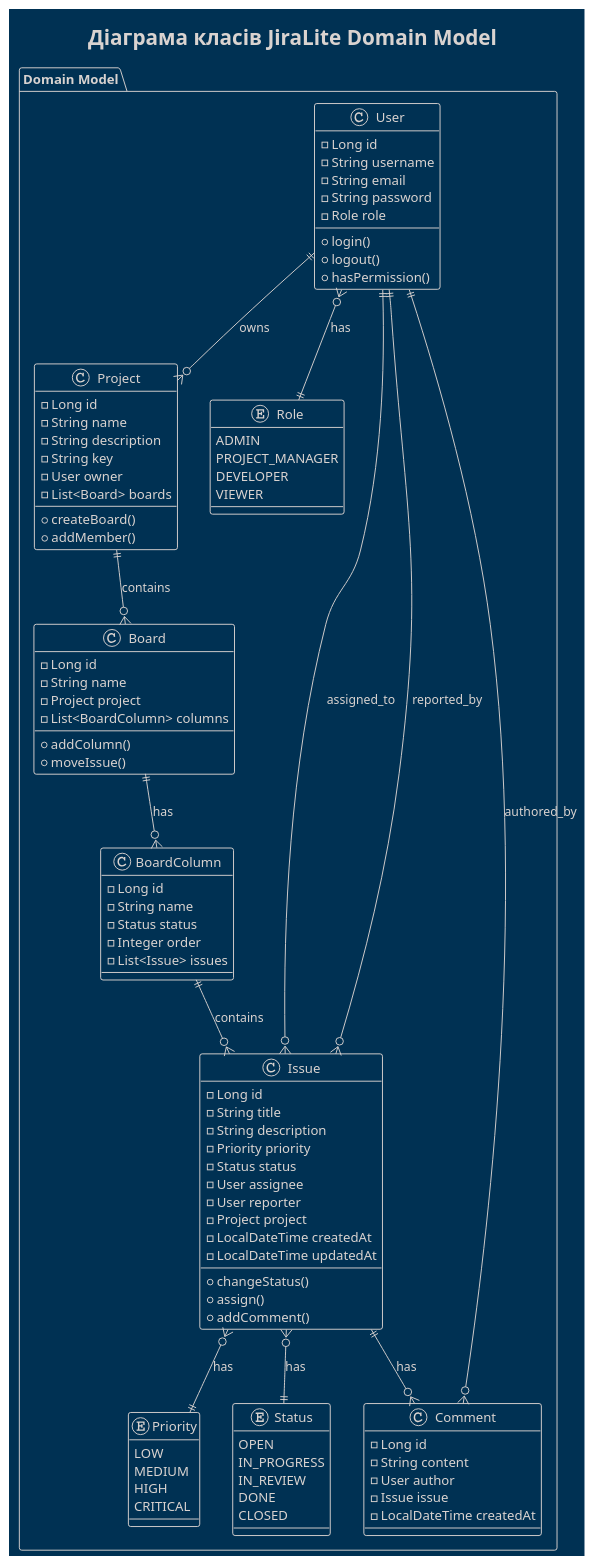
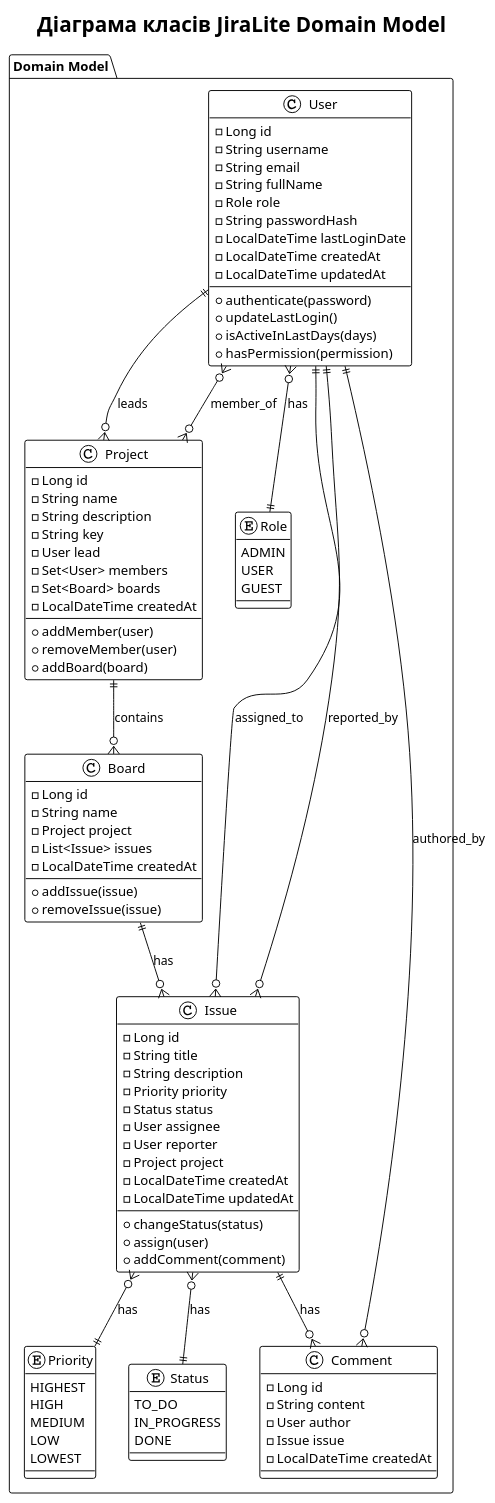
Before and after one commit to trubchinin/jira-light: the diagram in UML/class_diagram.puml, drawn with PlantUML. The commit also changed 11 other files, not shown here.

First line of the commit message:
Виправлено UML діаграми відповідно до фактичної структури проекту

```diff
--- a/UML/class_diagram.puml
+++ b/UML/class_diagram.puml
@@ -1,107 +1,108 @@
 @startuml class_diagram
-!theme blueprint
+!theme plain
+skinparam backgroundColor white
+skinparam defaultFontName Arial
 
 title Діаграма класів JiraLite Domain Model
 
 package "Domain Model" {
   
   class User {
     - Long id
     - String username
     - String email
-    - String password
+    - String fullName
     - Role role
-    + login()
-    + logout()
-    + hasPermission()
+    - String passwordHash
+    - LocalDateTime lastLoginDate
+    - LocalDateTime createdAt
+    - LocalDateTime updatedAt
+    + authenticate(password)
+    + updateLastLogin()
+    + isActiveInLastDays(days)
+    + hasPermission(permission)
   }
   
   class Project {
     - Long id
     - String name
     - String description
     - String key
-    - User owner
-    - List<Board> boards
-    + createBoard()
-    + addMember()
+    - User lead
+    - Set<User> members
+    - Set<Board> boards
+    - LocalDateTime createdAt
+    + addMember(user)
+    + removeMember(user)
+    + addBoard(board)
   }
   
   class Board {
     - Long id
     - String name
     - Project project
-    - List<BoardColumn> columns
-    + addColumn()
-    + moveIssue()
-  }
-  
-  class BoardColumn {
-    - Long id
-    - String name
-    - Status status
-    - Integer order
     - List<Issue> issues
+    - LocalDateTime createdAt
+    + addIssue(issue)
+    + removeIssue(issue)
   }
   
   class Issue {
     - Long id
     - String title
     - String description
     - Priority priority
     - Status status
     - User assignee
     - User reporter
     - Project project
     - LocalDateTime createdAt
     - LocalDateTime updatedAt
-    + changeStatus()
-    + assign()
-    + addComment()
+    + changeStatus(status)
+    + assign(user)
+    + addComment(comment)
   }
   
   class Comment {
     - Long id
     - String content
     - User author
     - Issue issue
     - LocalDateTime createdAt
   }
   
   enum Priority {
+    HIGHEST
+    HIGH
+    MEDIUM
     LOW
-    MEDIUM
-    HIGH
-    CRITICAL
+    LOWEST
   }
   
   enum Status {
-    OPEN
+    TO_DO
     IN_PROGRESS
-    IN_REVIEW
     DONE
-    CLOSED
   }
   
   enum Role {
     ADMIN
-    PROJECT_MANAGER
-    DEVELOPER
-    VIEWER
+    USER
+    GUEST
   }
 }
 
 ' Relationships
-User ||--o{ Project : owns
+User ||--o{ Project : leads
+User }o--o{ Project : member_of
 Project ||--o{ Board : contains
-Board ||--o{ BoardColumn : has
-BoardColumn ||--o{ Issue : contains
+Board ||--o{ Issue : has
 Issue }o--|| User : assigned_to
 Issue }o--|| User : reported_by
 Issue ||--o{ Comment : has
 Comment }o--|| User : authored_by
 Issue }o--|| Priority : has
 Issue }o--|| Status : has
 User }o--|| Role : has
 
 @enduml 
```
